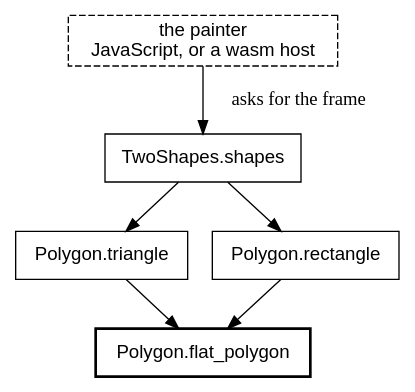
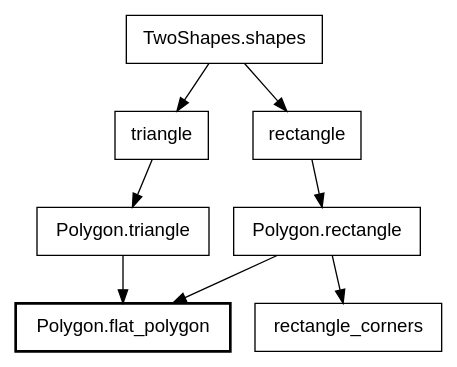
One commit to showell/roc-apps changed the fifth of 34 diagrams in canvas_apps/safari/tutorial/tutorial.md. Above: the diagram before and after it, drawn with Graphviz. The commit also changed other lines of this file, not shown here.

````diff
--- a/canvas_apps/safari/tutorial/tutorial.md
+++ b/canvas_apps/safari/tutorial/tutorial.md
@@ -290,12 +286,13 @@
 ```dot
 digraph shapes {
   node [shape=box, fontname="Helvetica"];
-  painter [label="the painter\nJavaScript, or a wasm host", style=dashed];
-  painter -> "TwoShapes.shapes" [label="  asks for the frame"];
-  "TwoShapes.shapes" -> "Polygon.triangle";
-  "TwoShapes.shapes" -> "Polygon.rectangle";
+  "TwoShapes.shapes" -> "triangle";
+  "TwoShapes.shapes" -> "rectangle";
+  "triangle" -> "Polygon.triangle";
+  "rectangle" -> "Polygon.rectangle";
+  "Polygon.rectangle" -> "rectangle_corners";
   "Polygon.triangle" -> "Polygon.flat_polygon";
   "Polygon.rectangle" -> "Polygon.flat_polygon";
   "Polygon.flat_polygon" [style=bold];
 }
 ```
````
